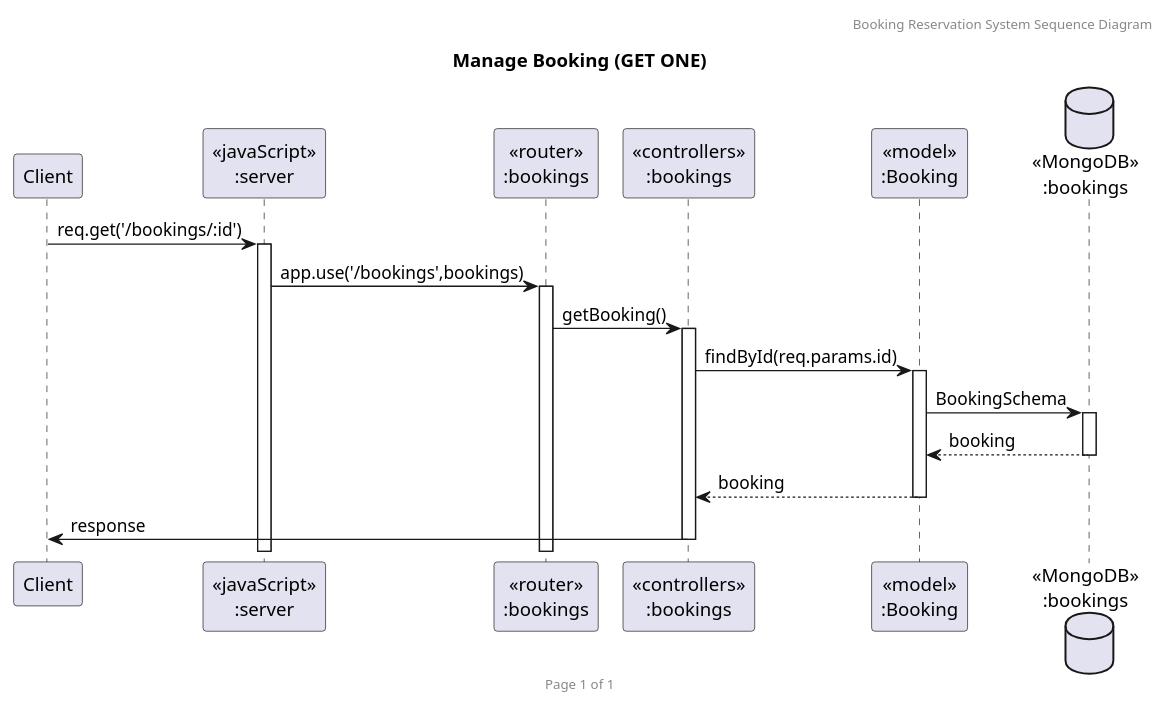
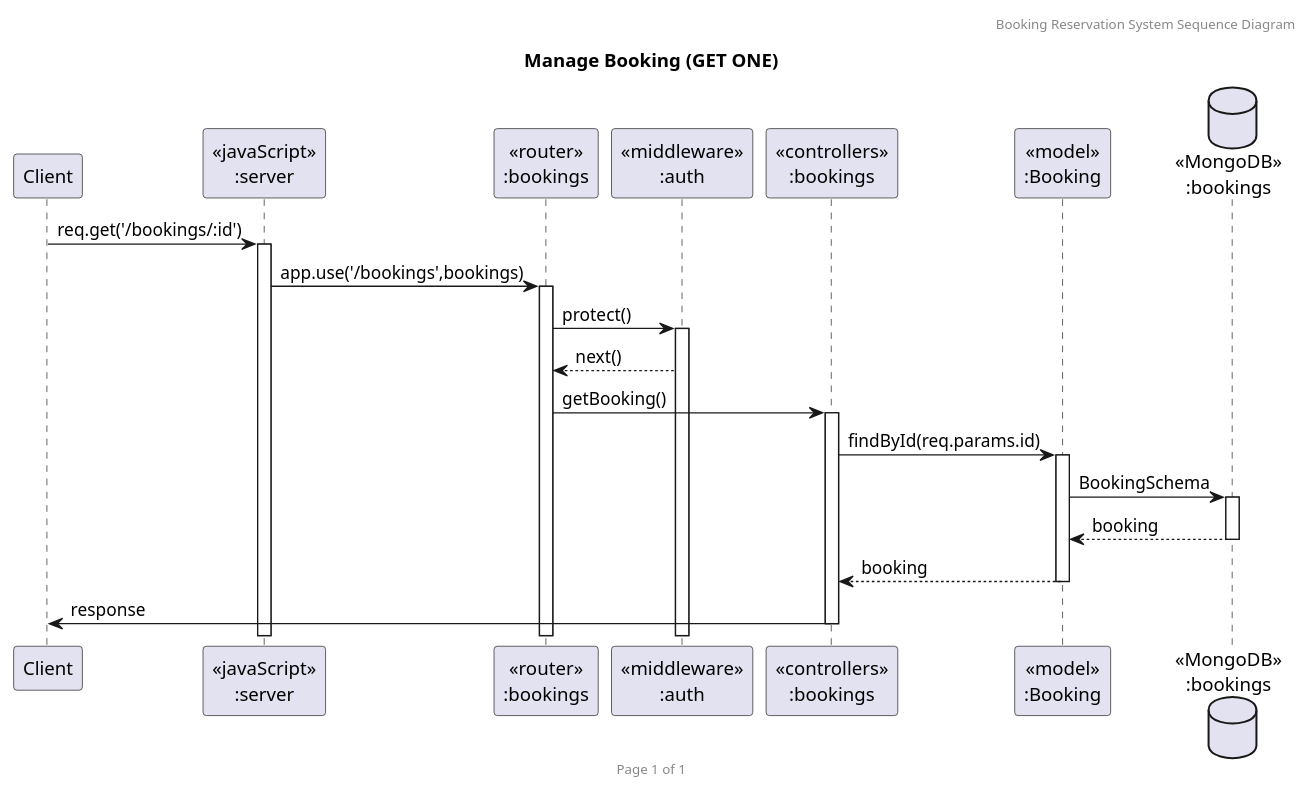
One commit to 2110503TACEDT66/presentation-day-1-chue-rai-dee changed the diagram in UML/SequenceDiagram/Booking/getOne.puml. Above: the diagram before and after it, drawn with PlantUML. The commit also changed 25 other files, not shown here.

Commit message:
added protect and authorize to sequence diagrams

```diff
--- a/UML/SequenceDiagram/Booking/getOne.puml
+++ b/UML/SequenceDiagram/Booking/getOne.puml
@@ -1,23 +1,26 @@
 @startuml Manage Booking (GET ONE)
 
 header Booking Reservation System Sequence Diagram
 footer Page %page% of %lastpage%
 title "Manage Booking (GET ONE)"
 
 participant "Client" as client
 participant "<<javaScript>>\n:server" as server
 participant "<<router>>\n:bookings" as routerBookings
+participant "<<middleware>>\n:auth" as middlewareAuth
 participant "<<controllers>>\n:bookings" as controllersBookings
 participant "<<model>>\n:Booking" as modelBooking
 database "<<MongoDB>>\n:bookings" as BookingsDatabase
 
 client->server ++:req.get('/bookings/:id')
 server->routerBookings ++:app.use('/bookings',bookings)
+routerBookings->middlewareAuth ++:protect()
+middlewareAuth-->routerBookings :next()
 routerBookings -> controllersBookings ++:getBooking()
 controllersBookings->modelBooking ++:findById(req.params.id)
 modelBooking ->BookingsDatabase ++: BookingSchema
 BookingsDatabase --> modelBooking --: booking
 controllersBookings <-- modelBooking --:booking
 controllersBookings->client --:response
 
 @enduml
```
